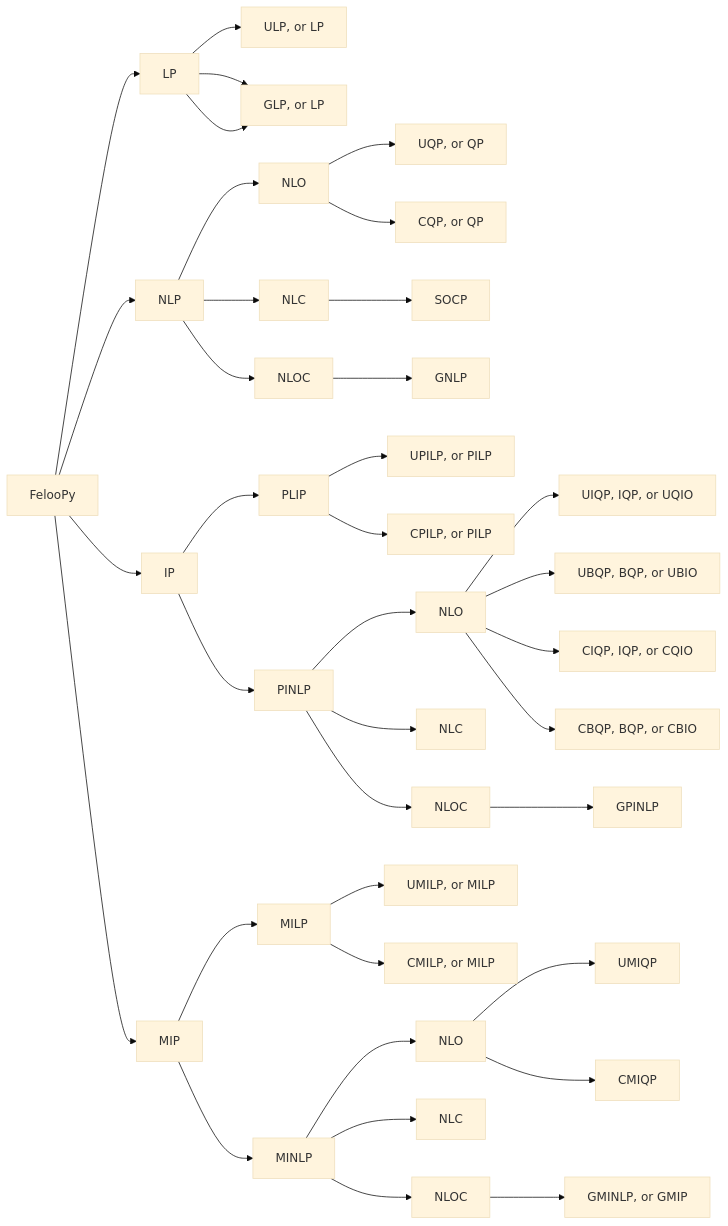
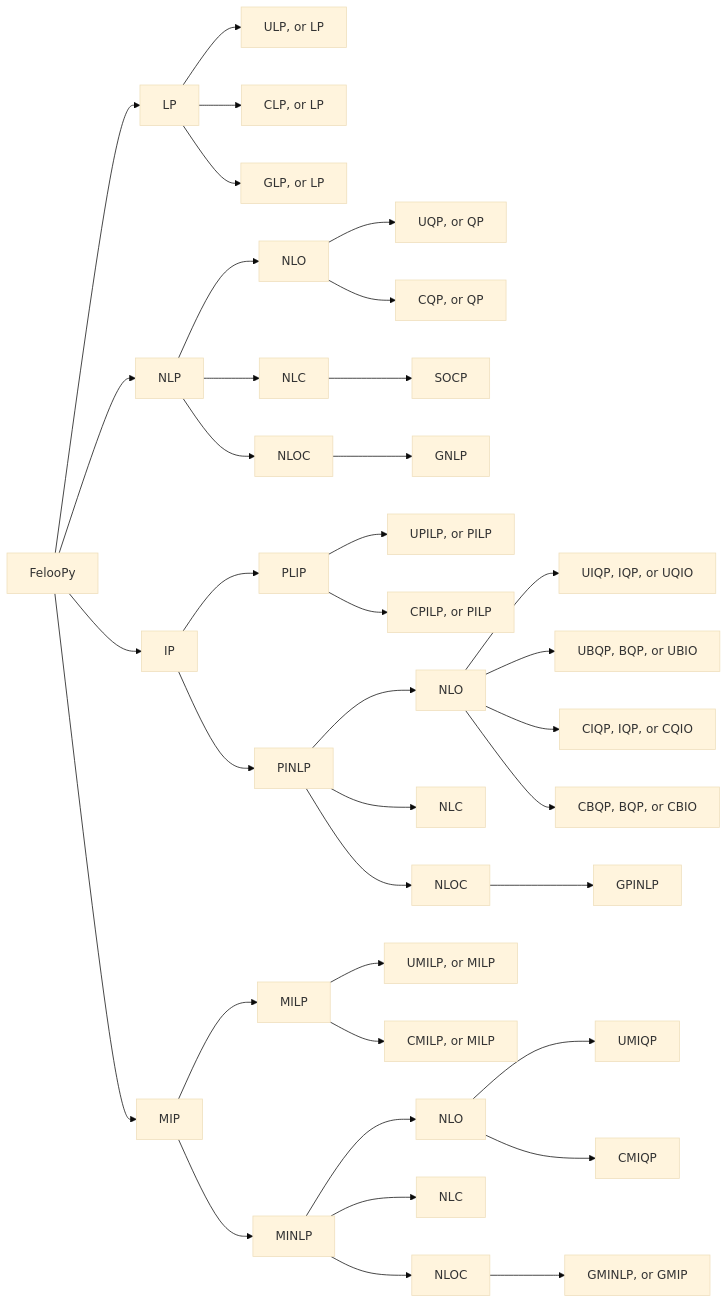
The diagram in README.md (ktafakkori/feloopy), drawn with Mermaid (base theme) before and after one commit.

Commit message:
revised files.

````diff
--- a/README.md
+++ b/README.md
@@ -79,39 +79,39 @@
 ```mermaid
 graph LR 
  CLASS["FelooPy"] --> A["LP"]
  CLASS["FelooPy"] --> B["NLP"]
  CLASS["FelooPy"] --> C["IP"]
  CLASS["FelooPy"] --> D["MIP"]
  A["LP"] --> A1["ULP, or LP"]
  A["LP"] --> A2["CLP, or LP"]
- A["LP"] --> A2["GLP, or LP"]
+ A["LP"] --> A3["GLP, or LP"]
  B["NLP"] --> B1["NLO"]
  B1["NLO"] --> B11["UQP, or QP"]
  B1["NLO"] --> B12["CQP, or QP"]
  B["NLP"] --> B2["NLC"]
  B2["NLC"] --> B21["SOCP"]
  B["NLP"] --> B3["NLOC"]
  B3["NLOC"] --> B31["GNLP"]
  C["IP"] --> C1["PILP"]
  C1["PLIP"] --> C11["UPILP, or PILP"]
  C1["PLIP"] --> C12["CPILP, or PILP"]
  C["IP"] --> C2["PINLP"]
  C2["PINLP"] --> C21["NLO"]
  C21["NLO"] --> C211["UIQP, IQP, or UQIO"]
  C21["NLO"] --> C212["UBQP, BQP, or UBIO"]
  C21["NLO"] --> C213["CIQP, IQP, or CQIO"]
  C21["NLO"] --> C214["CBQP, BQP, or CBIO"]
  C2["PINLP"] --> C22["NLC"]
  C2["PINLP"] --> C23["NLOC"]
  C23["NLOC"] --> C231["GPINLP"]
  D["MIP"] --> D1["MILP"]  
  D1["MILP"] --> D11["UMILP, or MILP"]
  D1["MILP"] --> D12["CMILP, or MILP"]
  D["MIP"] --> D2["MINLP"]  
  D2["MINLP"] --> D21["NLO"]
  D21["NLO"] --> D211["UMIQP"]
  D21["NLO"] --> D212["CMIQP"]
  D2["MINLP"] --> D22["NLC"]
  D2["MINLP"] --> D23["NLOC"]
  D23["NLOC"] --> D231["GMINLP, or GMIP"]
 ```
````
